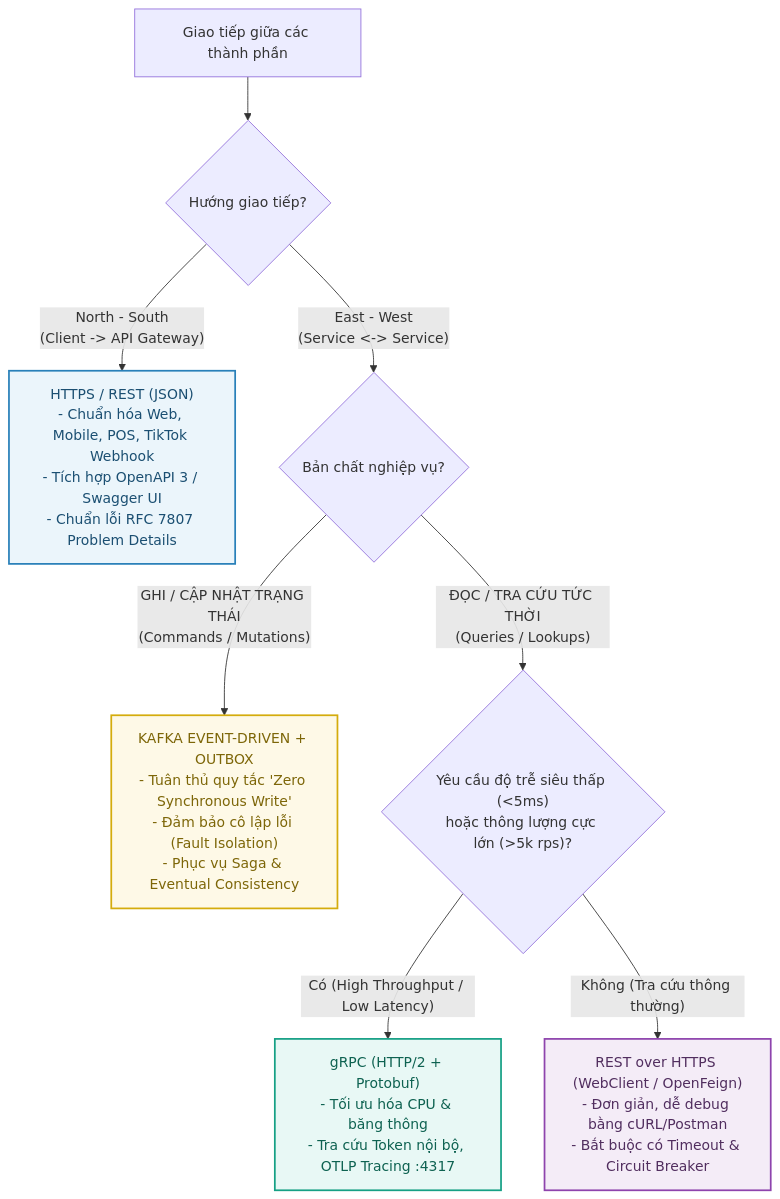
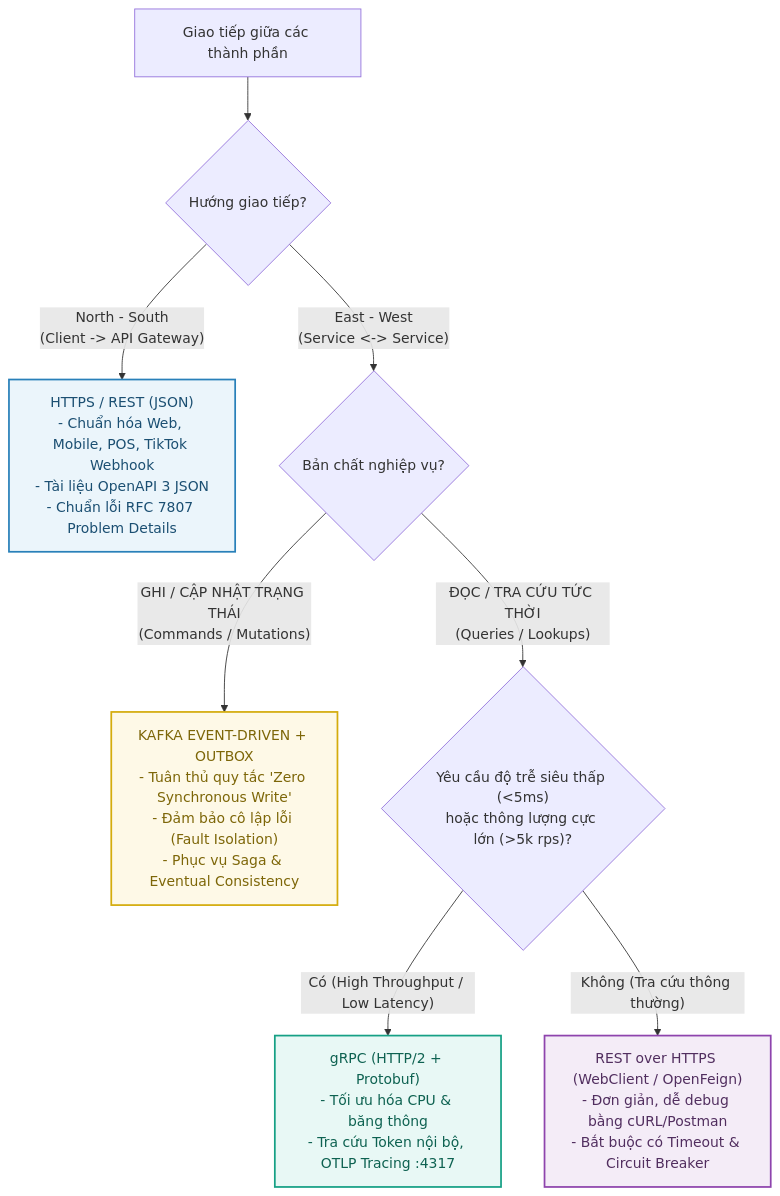
The diagram in docs/core-architecture/inter-service-communication.md (NDQuynh259/vishop-platform), drawn with Mermaid before and after one commit. The commit also changed other lines of this file and 90 other files, not shown here.

````diff
--- a/docs/core-architecture/inter-service-communication.md
+++ b/docs/core-architecture/inter-service-communication.md
@@ -11,25 +11,25 @@
 ```mermaid
 flowchart TD
     Start["Giao tiếp giữa các thành phần"] --> Direction{"Hướng giao tiếp?"}
 
-    Direction -- "North - South\n(Client -> API Gateway)" --> NorthSouth["HTTPS / REST (JSON)\n- Chuẩn hóa Web, Mobile, POS, TikTok Webhook\n- Tích hợp OpenAPI 3 / Swagger UI\n- Chuẩn lỗi RFC 7807 Problem Details"]
+    Direction -- "North - South\n(Client -> API Gateway)" --> NorthSouth["HTTPS / REST (JSON)\n- Chuẩn hóa Web, Mobile, POS, TikTok Webhook\n- Tài liệu OpenAPI 3 JSON\n- Chuẩn lỗi RFC 7807 Problem Details"]
 
     Direction -- "East - West\n(Service <-> Service)" --> Nature{"Bản chất nghiệp vụ?"}
 
     Nature -- "GHI / CẬP NHẬT TRẠNG THÁI\n(Commands / Mutations)" --> Kafka["KAFKA EVENT-DRIVEN + OUTBOX\n- Tuân thủ quy tắc 'Zero Synchronous Write'\n- Đảm bảo cô lập lỗi (Fault Isolation)\n- Phục vụ Saga & Eventual Consistency"]
 
     Nature -- "ĐỌC / TRA CỨU TỨC THỜI\n(Queries / Lookups)" --> Perf{"Yêu cầu độ trễ siêu thấp (<5ms)\nhoặc thông lượng cực lớn (>5k rps)?"}
 
     Perf -- "Có (High Throughput / Low Latency)" --> Grpc["gRPC (HTTP/2 + Protobuf)\n- Tối ưu hóa CPU & băng thông\n- Tra cứu Token nội bộ, OTLP Tracing :4317"]
     Perf -- "Không (Tra cứu thông thường)" --> RestInternal["REST over HTTPS (WebClient / OpenFeign)\n- Đơn giản, dễ debug bằng cURL/Postman\n- Bắt buộc có Timeout & Circuit Breaker"]
 
     classDef north fill:#EBF5FB,stroke:#2980B9,stroke-width:2px,color:#1B4F72;
     classDef kafka fill:#FEF9E7,stroke:#D4AC0D,stroke-width:2px,color:#7D6608;
     classDef grpc fill:#E8F8F5,stroke:#16A085,stroke-width:2px,color:#0E6251;
     classDef rest fill:#F4ECF7,stroke:#8E44AD,stroke-width:2px,color:#512E5F;
 
     class NorthSouth north;
     class Kafka kafka;
     class Grpc grpc;
     class RestInternal rest;
 ```
````
